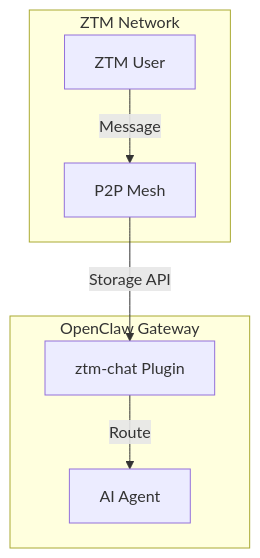
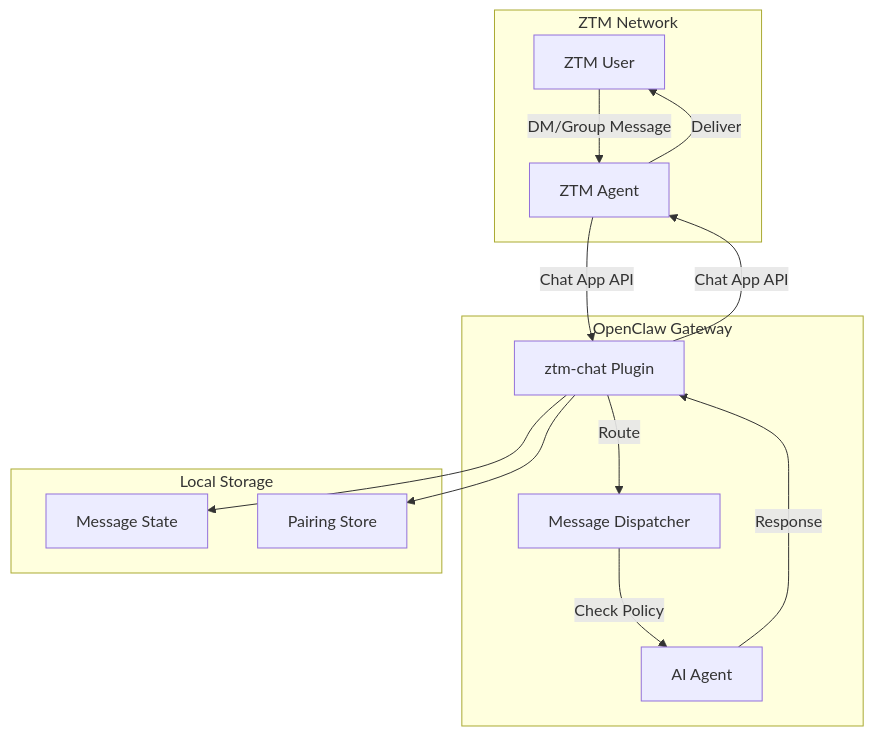
The first of 5 diagrams in README.md (clawparty-ai/openclaw-channel-plugin-ztm), drawn with Mermaid before and after one commit. The commit also changed other lines of this file, not shown here.

Commit message:
docs: update Architecture diagram with ZTM Agent API
- Replace direct Mesh access with ZTM Agent API
- Add Message Dispatcher component for policy checks
- Add Local Storage (Message State, Pairing Store)
- Add detailed Data Flow explanation

````diff
--- a/README.md
+++ b/README.md
@@ -7,16 +7,29 @@
 ```mermaid
 flowchart TB
     subgraph ZTM["ZTM Network"]
         User["ZTM User"]
-        Mesh["P2P Mesh"]
+        Agent["ZTM Agent"]
     end
 
     subgraph OpenClaw["OpenClaw Gateway"]
         Plugin["ztm-chat Plugin"]
-        Agent["AI Agent"]
+        Dispatcher["Message Dispatcher"]
+        AgentLLM["AI Agent"]
     end
 
-    User -->|"Message"| Mesh
-    Mesh -->|"Storage API"| Plugin
-    Plugin -->|"Route"| Agent
+    subgraph Storage["Local Storage"]
+        State["Message State"]
+        Pairing["Pairing Store"]
+    end
+
+    User -->|"DM/Group Message"| Agent
+    Agent -->|"Chat App API"| Plugin
+    Plugin -->|"Route"| Dispatcher
+    Dispatcher -->|"Check Policy"| AgentLLM
+    AgentLLM -->|"Response"| Plugin
+    Plugin -->|"Chat App API"| Agent
+    Agent -->|"Deliver"| User
+
+    Plugin --> State
+    Plugin --> Pairing
 ```
````
